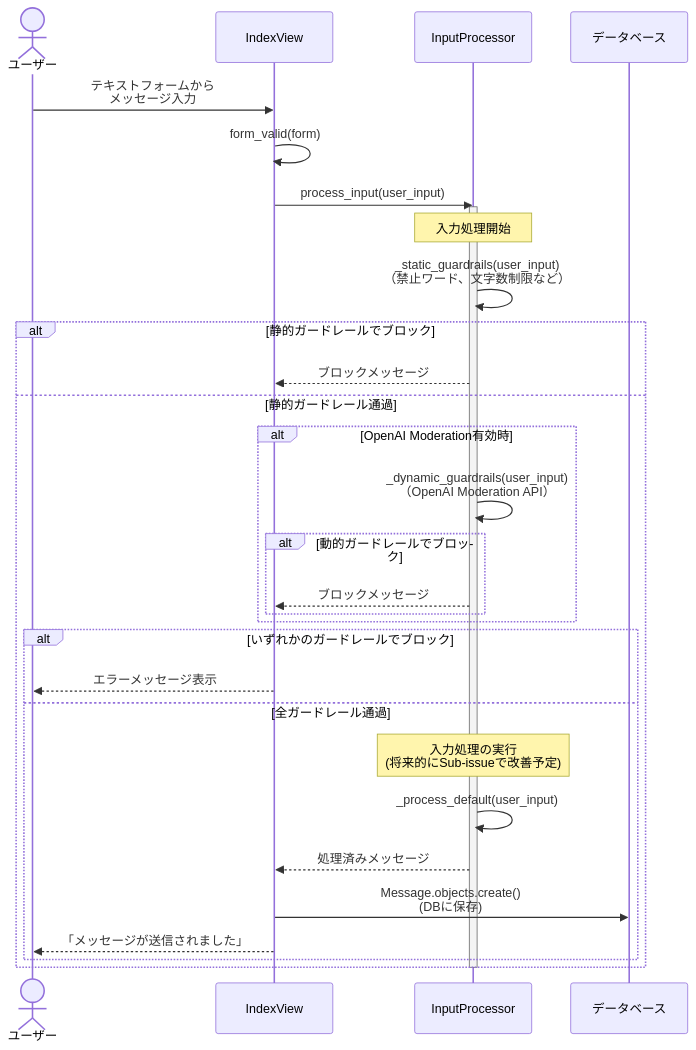
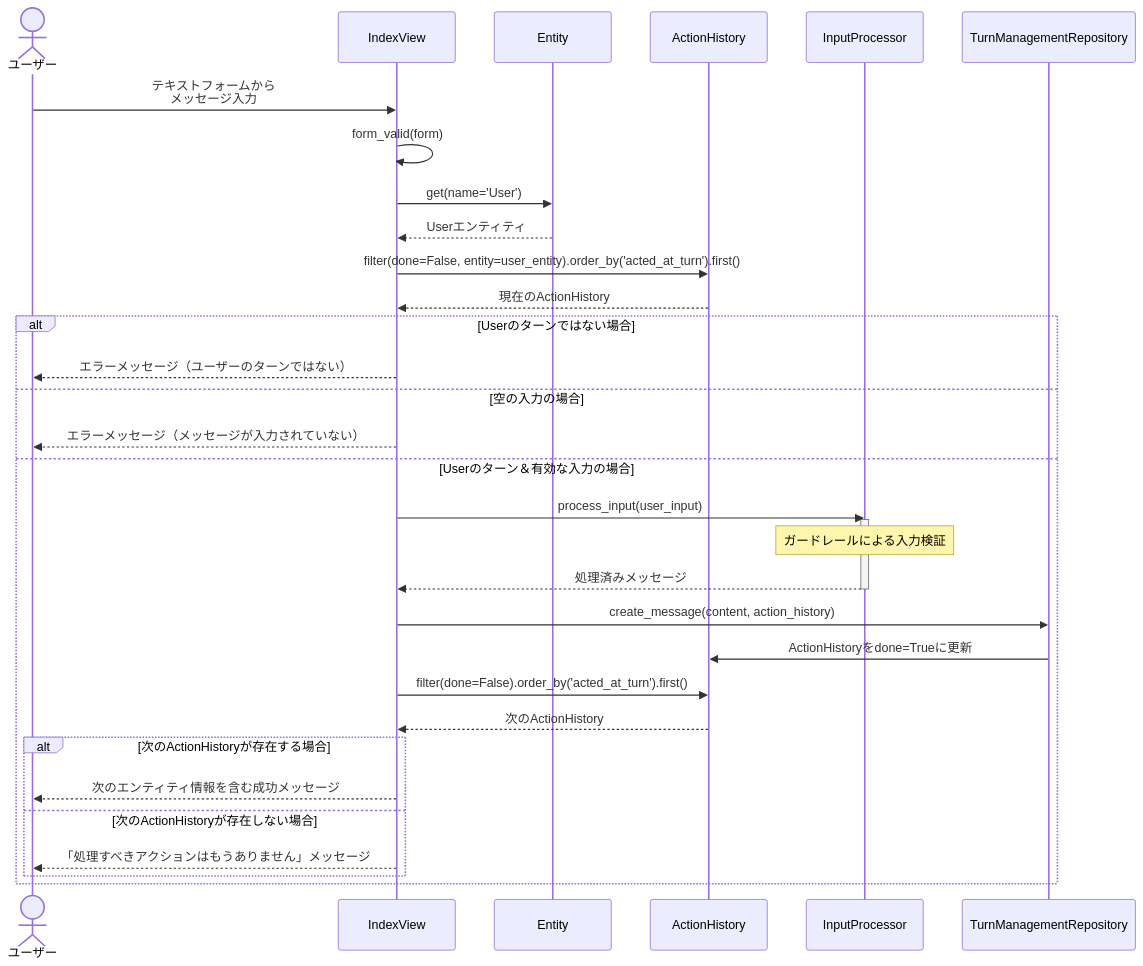
Before and after one commit to duri0214/portfolio: the third of 3 diagrams in ai_agent/README.md, drawn with Mermaid. The commit also changed other lines of this file, not shown here.

````diff
--- a/ai_agent/README.md
+++ b/ai_agent/README.md
@@ -200,37 +242,43 @@
 ```mermaid
 sequenceDiagram
     actor User as ユーザー
     participant View as IndexView
+    participant Entity as Entity
+    participant AH as ActionHistory
     participant IP as InputProcessor
-    participant DB as データベース
+    participant TMR as TurnManagementRepository
 
     User->>View: テキストフォームから<br>メッセージ入力
     View->>View: form_valid(form)
-    View->>IP: process_input(user_input)
 
-    activate IP
-    Note over IP: 入力処理開始
-    IP->>IP: _static_guardrails(user_input)<br>（禁止ワード、文字数制限など）
-    alt 静的ガードレールでブロック
-        IP-->>View: ブロックメッセージ
-    else 静的ガードレール通過
-        alt OpenAI Moderation有効時
-            IP->>IP: _dynamic_guardrails(user_input)<br>（OpenAI Moderation API）
-            alt 動的ガードレールでブロック
-                IP-->>View: ブロックメッセージ
-            end
-        end
+    View->>Entity: get(name='User')
+    Entity-->>View: Userエンティティ
 
-        alt いずれかのガードレールでブロック
-            View-->>User: エラーメッセージ表示
-        else 全ガードレール通過
-            Note over IP: 入力処理の実行<br>(将来的にSub-issueで改善予定)
-            IP->>IP: _process_default(user_input)
+    View->>AH: filter(done=False, entity=user_entity).order_by('acted_at_turn').first()
+    AH-->>View: 現在のActionHistory
 
-            IP-->>View: 処理済みメッセージ
-            View->>DB: Message.objects.create()<br>(DBに保存)
-            View-->>User: 「メッセージが送信されました」
+    alt Userのターンではない場合
+        View-->>User: エラーメッセージ（ユーザーのターンではない）
+    else 空の入力の場合
+        View-->>User: エラーメッセージ（メッセージが入力されていない）
+    else Userのターン＆有効な入力の場合
+        View->>IP: process_input(user_input)
+
+        activate IP
+        Note over IP: ガードレールによる入力検証
+        IP-->>View: 処理済みメッセージ
+        deactivate IP
+
+        View->>TMR: create_message(content, action_history)
+        TMR->>AH: ActionHistoryをdone=Trueに更新
+
+        View->>AH: filter(done=False).order_by('acted_at_turn').first()
+        AH-->>View: 次のActionHistory
+
+        alt 次のActionHistoryが存在する場合
+            View-->>User: 次のエンティティ情報を含む成功メッセージ
+        else 次のActionHistoryが存在しない場合
+            View-->>User: 「処理すべきアクションはもうありません」メッセージ
         end
     end
-    deactivate IP
 ```
````
